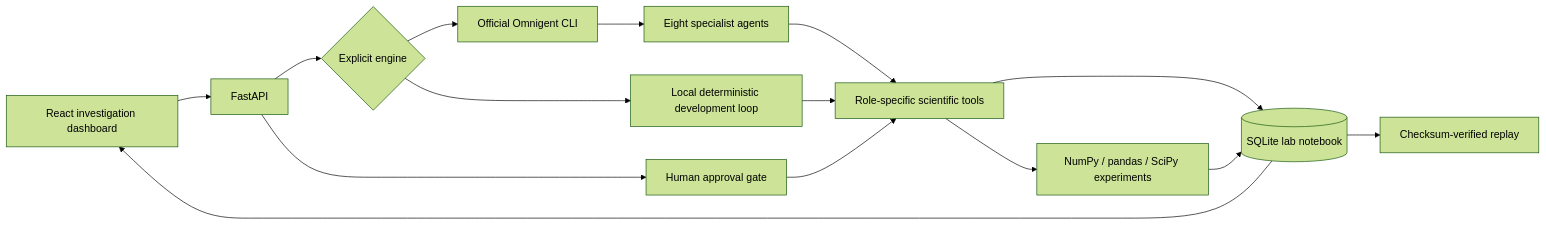
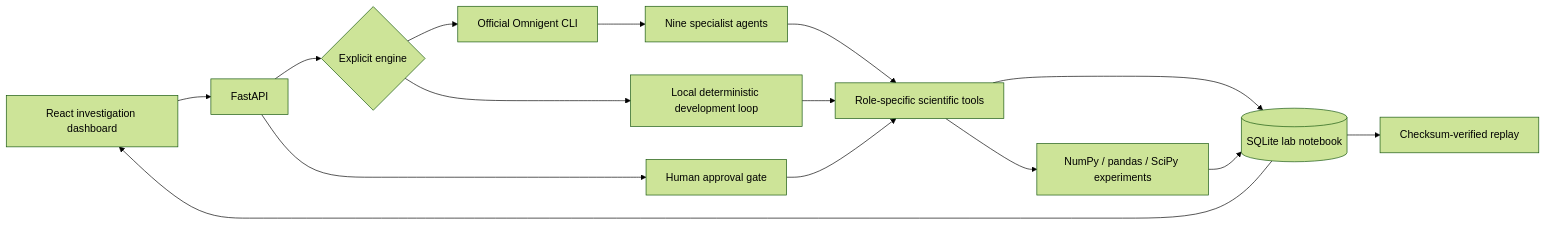
One commit to saivp08/contradiction-lab changed the diagram in README.md. Above: the diagram before and after it, drawn with Mermaid (forest theme). The commit also changed other lines of this file and 34 other files, not shown here.

````diff
--- a/README.md
+++ b/README.md
@@ -83,17 +85,17 @@
 ```mermaid
 flowchart LR
   UI[React investigation dashboard] --> API[FastAPI]
   API --> Gate[Human approval gate]
   API --> Mode{Explicit engine}
   Mode --> OM[Official Omnigent CLI]
   Mode --> Local[Local deterministic development loop]
-  OM --> Agents[Eight specialist agents]
+  OM --> Agents[Nine specialist agents]
   Agents --> Tools[Role-specific scientific tools]
   Local --> Tools
   Gate --> Tools
   Tools --> Py[NumPy / pandas / SciPy experiments]
   Tools --> DB[(SQLite lab notebook)]
   Py --> DB
   DB --> Replay[Checksum-verified replay]
   DB --> UI
 ```
````
